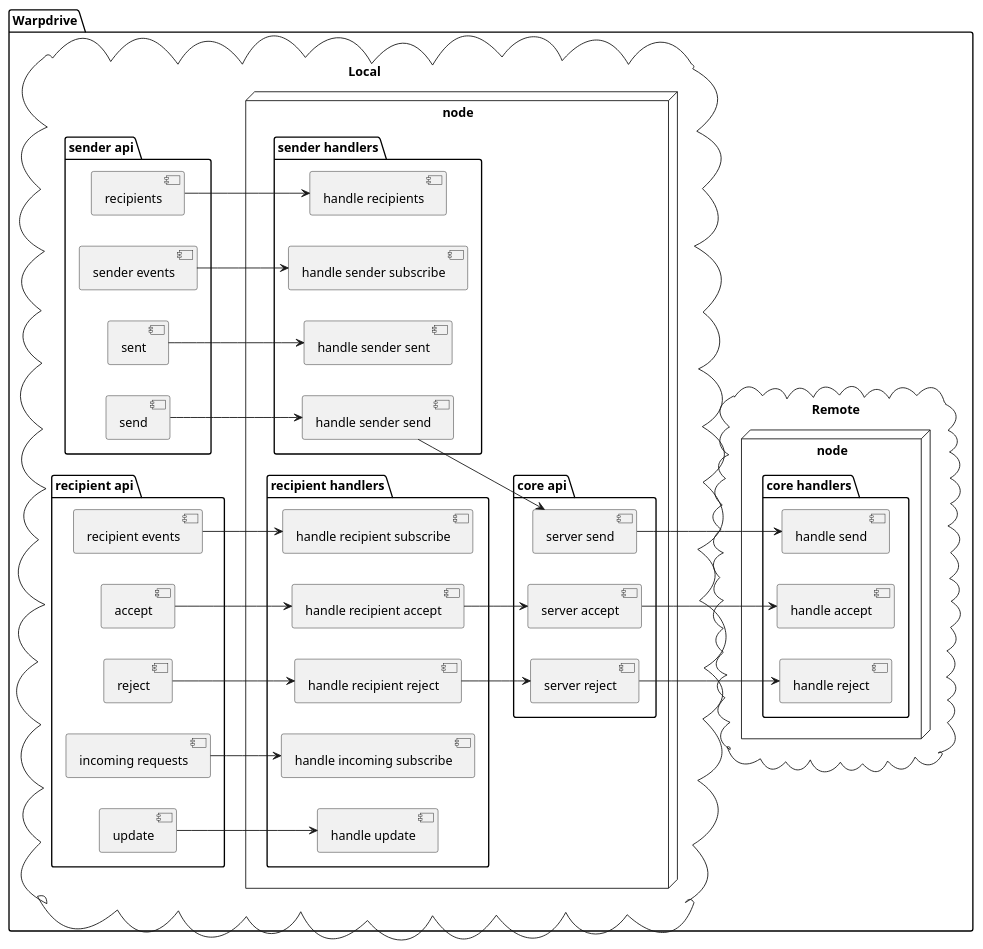
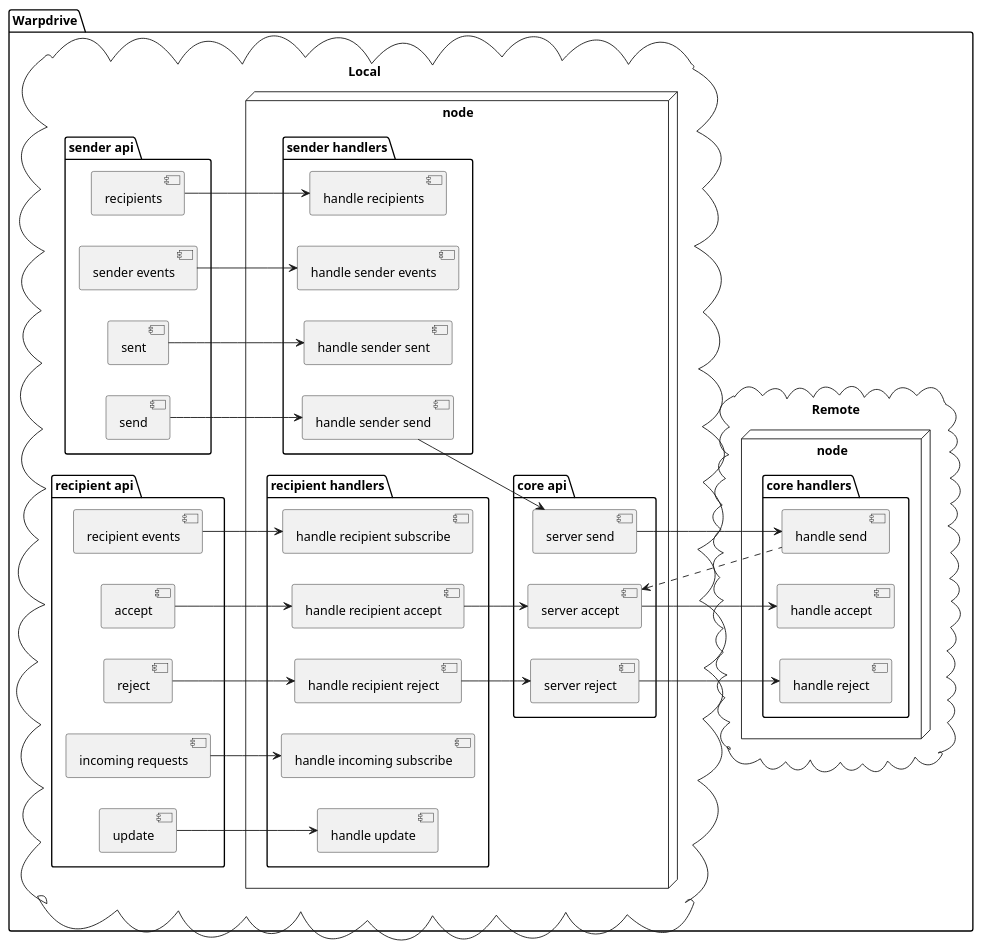
One commit to cryptopunkscc/astrald changed the diagram in app/warpdrive/arch-core.puml. Above: the diagram before and after it, drawn with PlantUML. The commit also changed 6 other files, not shown here.

```diff
--- a/app/warpdrive/arch-core.puml
+++ b/app/warpdrive/arch-core.puml
@@ -1,77 +1,78 @@
 @startuml
 'https://plantuml.com/component-diagram
 
 left to right direction
 
 package "Warpdrive" {
 cloud "Local" {
 package "sender api" {
     [send]
     [sent]
     [recipients]
     [sender events]
 }
 package "recipient api" {
     [recipient events]
     [accept]
     [reject]
     [incoming requests]
     [update]
 }
 node "node" as local_node {
 package "sender handlers" {
     [handle sender send]
     [handle sender sent]
     [handle recipients]
-    [handle sender subscribe]
+    [handle sender events]
 }
 package "recipient handlers" {
     [handle recipient accept]
     [handle recipient reject]
     [handle recipient subscribe]
     [handle incoming subscribe]
     [handle update]
 }
 package "core api" {
     [server send]
     [server accept]
     [server reject]
 }
 }
 }
 
 cloud "Remote" {
 node "node" as remote_node {
 package "core handlers" {
     [handle send]
     [handle accept]
     [handle reject]
 }
 }
 }
 }
 
 
 [recipients] -> [handle recipients]
-[sender events] -> [handle sender subscribe]
+[sender events] -> [handle sender events]
 [sent] -> [handle sender sent]
 [send] --> [handle sender send]
 
 [recipient events] --> [handle recipient subscribe]
 [incoming requests] --> [handle incoming subscribe]
 [accept] --> [handle recipient accept]
 [reject] --> [handle recipient reject]
 
 [handle sender send] --> [server send]
 [server send] --> [handle send]
+[server accept] <.. [handle send]
 
 [handle recipient accept] --> [server accept]
 [server accept] -> [handle accept]
 
 [handle recipient reject] --> [server reject]
 [server reject] -> [handle reject]
 
 
 [update] --> [handle update]
 
 @enduml
```
